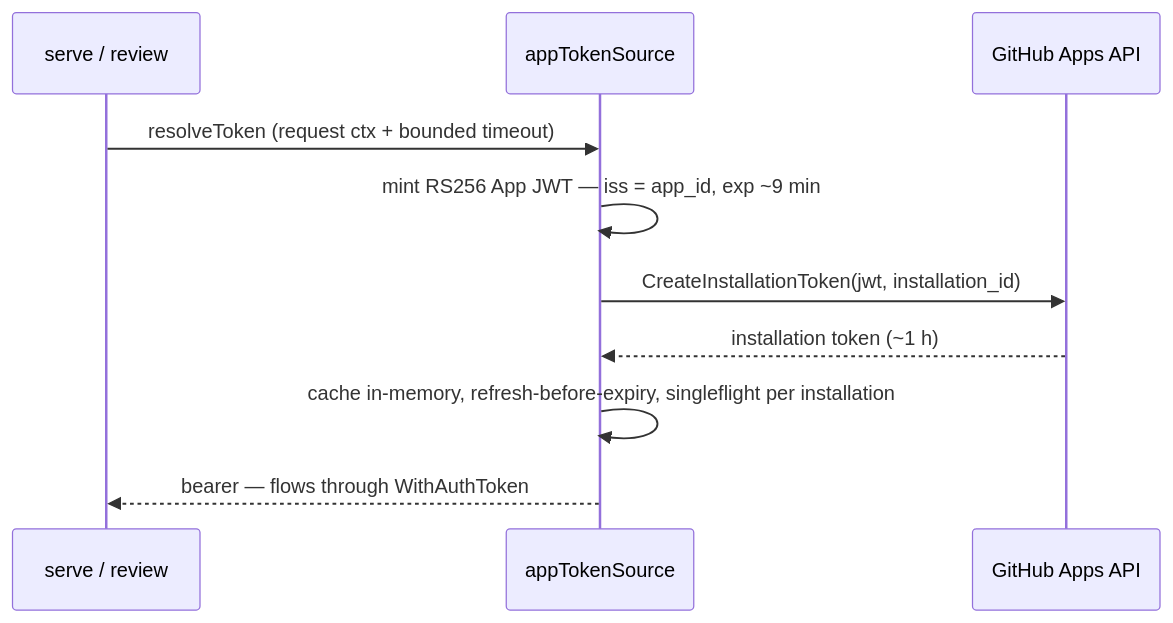
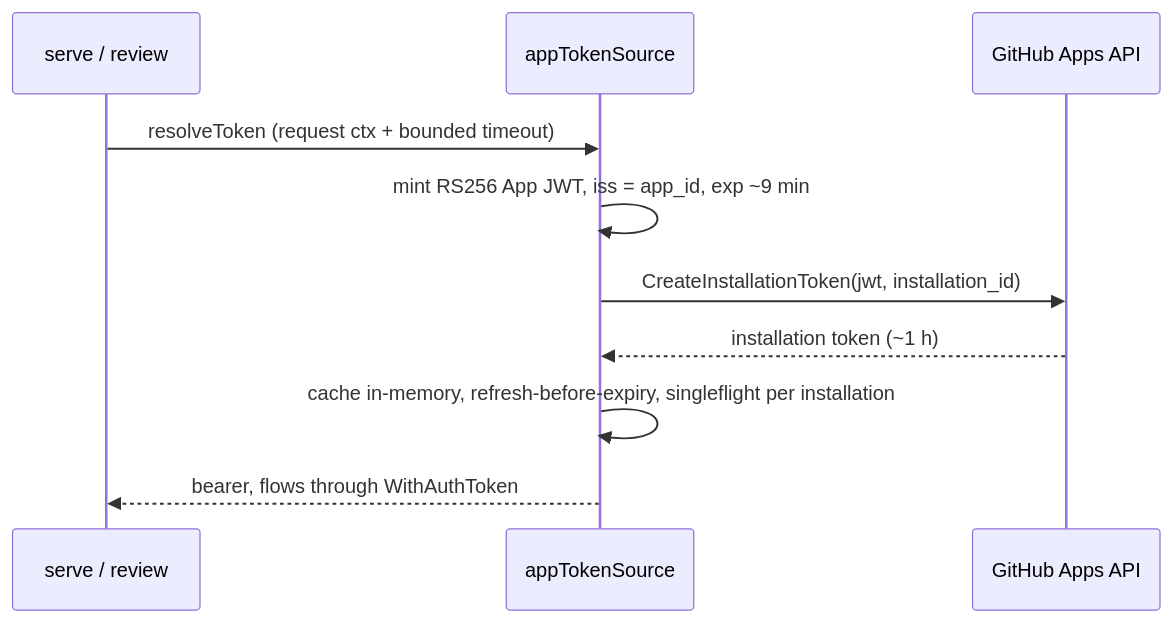
One commit to vanducng/miu-cr changed the tenth of 10 diagrams in docs/content/architecture.md. Above: the diagram before and after it, drawn with Mermaid. The commit also changed other lines of this file and 40 other files, not shown here.

````diff
--- a/docs/content/architecture.md
+++ b/docs/content/architecture.md
@@ -410,12 +410,12 @@
 ```mermaid
 sequenceDiagram
     participant S as serve / review
     participant T as appTokenSource
     participant GH as GitHub Apps API
     S->>T: resolveToken (request ctx + bounded timeout)
-    T->>T: mint RS256 App JWT — iss = app_id, exp ~9 min
+    T->>T: mint RS256 App JWT, iss = app_id, exp ~9 min
     T->>GH: CreateInstallationToken(jwt, installation_id)
     GH-->>T: installation token (~1 h)
     T->>T: cache in-memory, refresh-before-expiry, singleflight per installation
-    T-->>S: bearer — flows through WithAuthToken
+    T-->>S: bearer, flows through WithAuthToken
 ```
````
